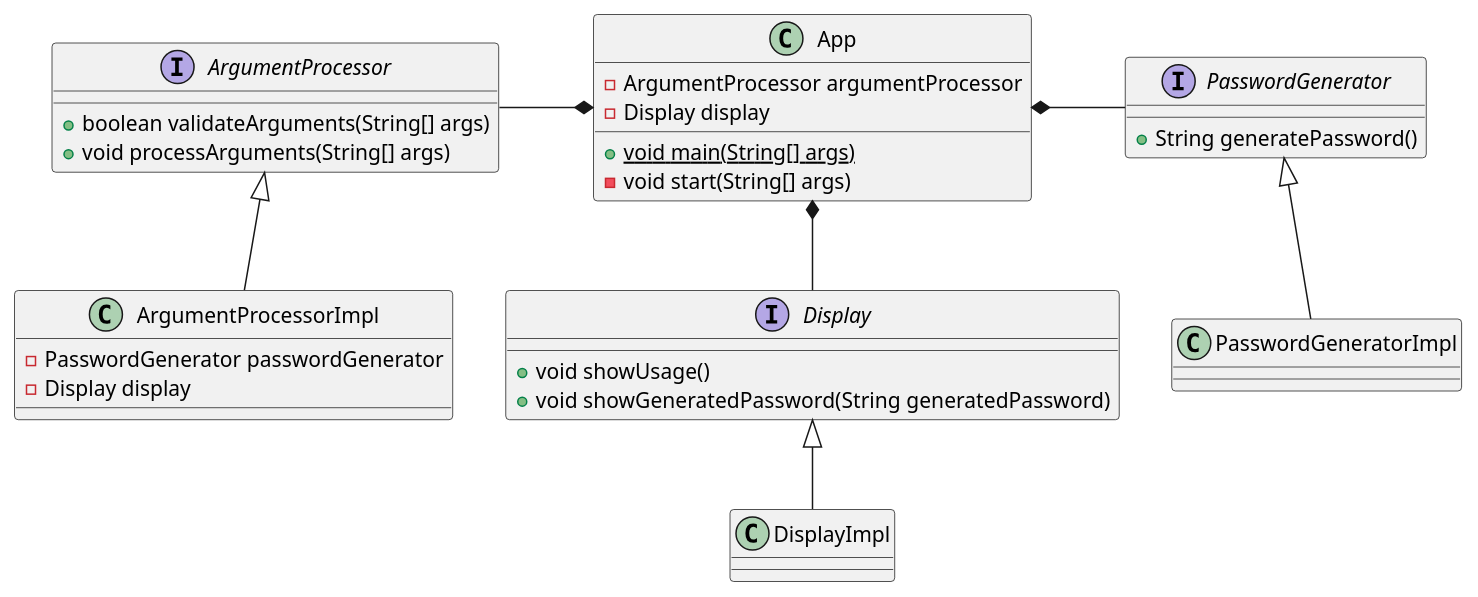
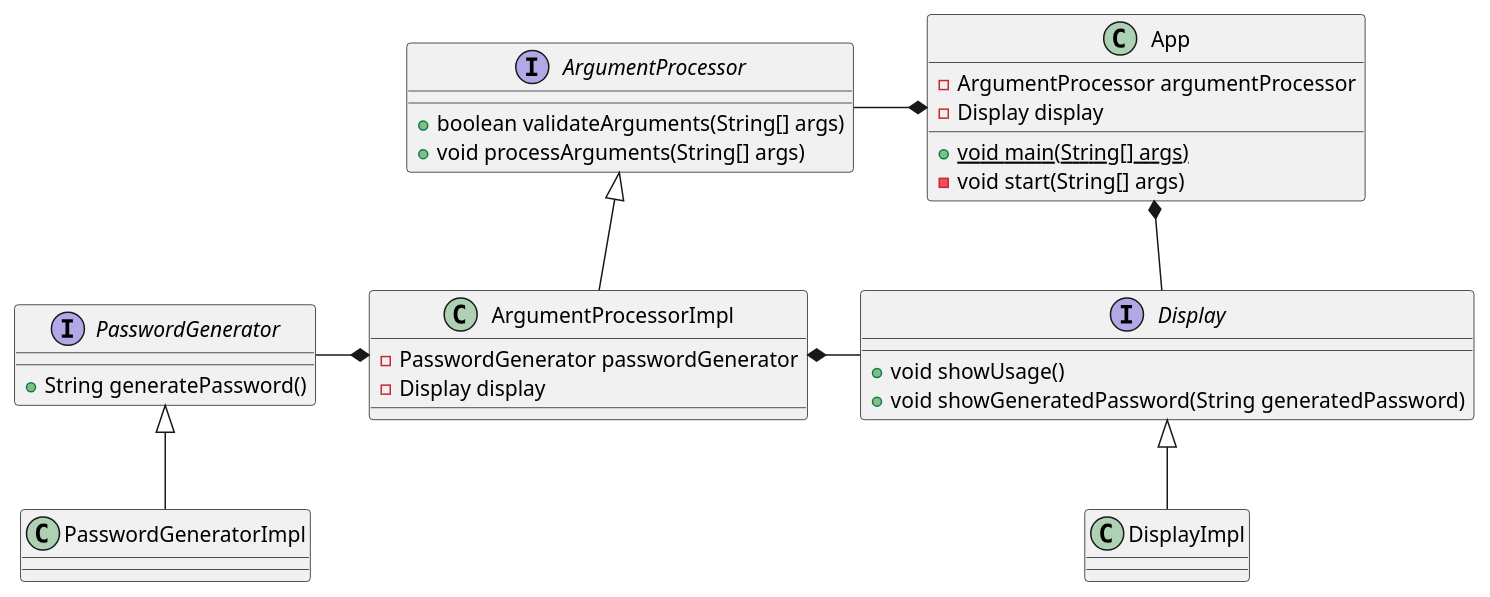
Before and after one commit to djvelimir/demo-java-cli: the diagram in diagrams/Class.puml, drawn with PlantUML. The commit also changed 1 other file, not shown here.

Commit message:
Update UML diagram

```diff
--- a/diagrams/Class.puml
+++ b/diagrams/Class.puml
@@ -1,42 +1,43 @@
 @startuml
 'https://plantuml.com/class-diagram
 
 class App {
     - ArgumentProcessor argumentProcessor
     - Display display
     + {static} void main(String[] args)
     - void start(String[] args)
 }
 
 interface ArgumentProcessor {
     + boolean validateArguments(String[] args)
     + void processArguments(String[] args)
 }
 
 class ArgumentProcessorImpl {
     - PasswordGenerator passwordGenerator
     - Display display
 }
 
 interface Display {
     + void showUsage()
     + void showGeneratedPassword(String generatedPassword)
 }
 
 class DisplayImpl {
 }
 
 interface PasswordGenerator {
     +String generatePassword()
 }
 
 class PasswordGeneratorImpl {
 }
 ArgumentProcessor <|-- ArgumentProcessorImpl
 Display <|-- DisplayImpl
 PasswordGenerator <|-- PasswordGeneratorImpl
 
 App *--l ArgumentProcessor
 App *--d Display
-App *--r PasswordGenerator
+ArgumentProcessorImpl *--r Display
+ArgumentProcessorImpl *--l PasswordGenerator
 @enduml
```
